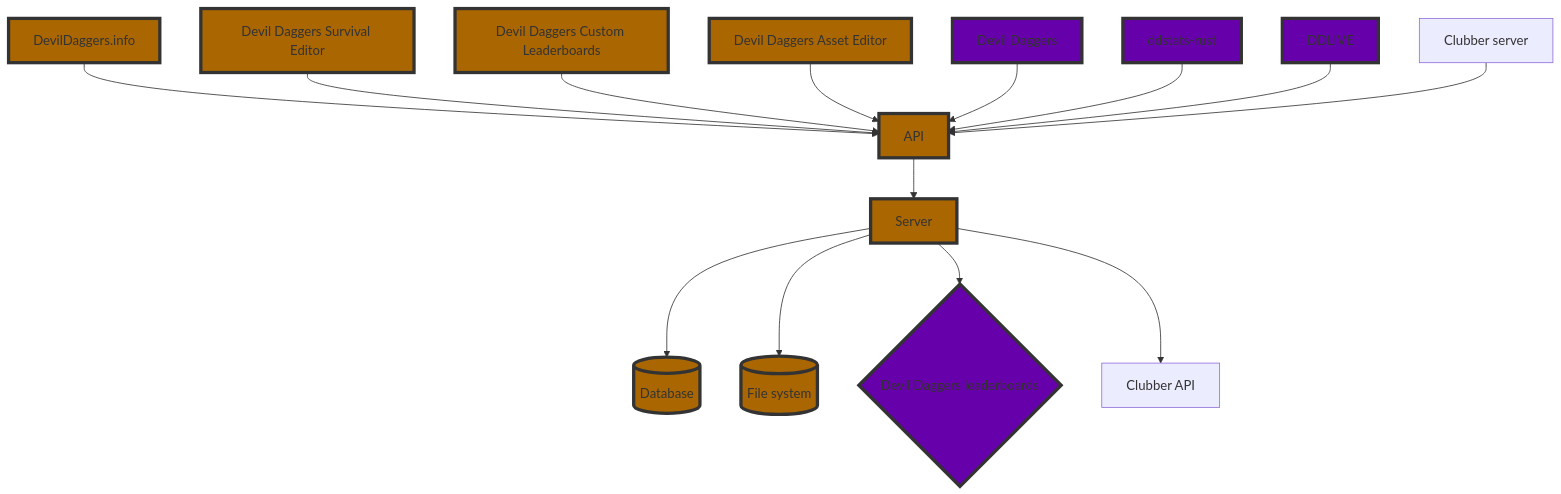
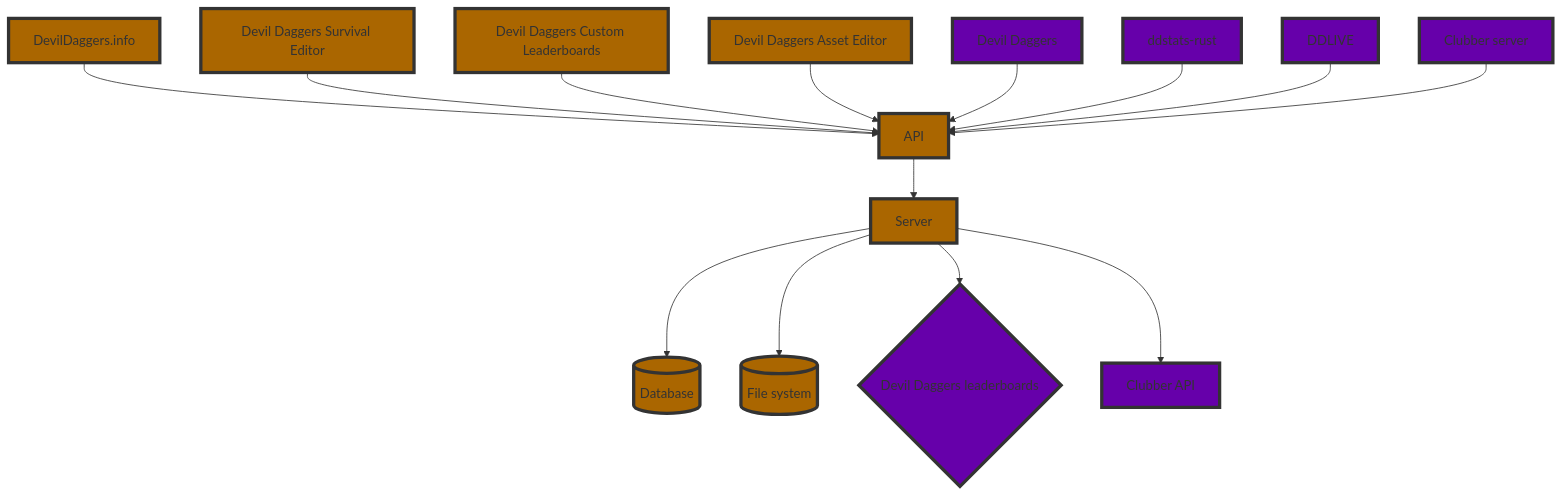
One commit to NoahStolk/ddinfo-web changed the second of 2 diagrams in docs/architecture.md. Above: the diagram before and after it, drawn with Mermaid.

````diff
--- a/docs/architecture.md
+++ b/docs/architecture.md
@@ -108,40 +108,40 @@
 ```mermaid
 flowchart TD;
 
     database[(Database)]
     filesystem[(File system)]
     server[Server]
     api[API]
 	devildaggersinfo[DevilDaggers.info]
     devildaggers[Devil Daggers]
     ddse[Devil Daggers Survival Editor]
     ddcl[Devil Daggers Custom Leaderboards]
     ddae[Devil Daggers Asset Editor]
     ddstatsrust[ddstats-rust]
     ddlive[DDLIVE]
     clubberserver[Clubber server]
     clubberapi[Clubber API]
 	devildaggersleaderboards{Devil Daggers leaderboards}
 	
 	class database,filesystem,server,api,devildaggersinfo,ddse,ddcl,ddae ddinfo;
-	class devildaggers,ddstatsrust,ddlive,clubber,devildaggersleaderboards external;
+	class devildaggers,ddstatsrust,ddlive,clubberserver,clubberapi,devildaggersleaderboards external;
 
     classDef ddinfo fill:#a60,stroke:#333,stroke-width:4px;
     classDef external fill:#60a,stroke:#333,stroke-width:4px;
 	
 	server --> database
 	server --> filesystem
 	server --> devildaggersleaderboards
 	server --> clubberapi
 
 	api --> server
 
 	devildaggersinfo --> api
 	ddse --> api
 	ddcl --> api
 	ddae --> api
 	devildaggers --> api
 	ddstatsrust --> api
 	ddlive --> api
 	clubberserver --> api
 ```
````
